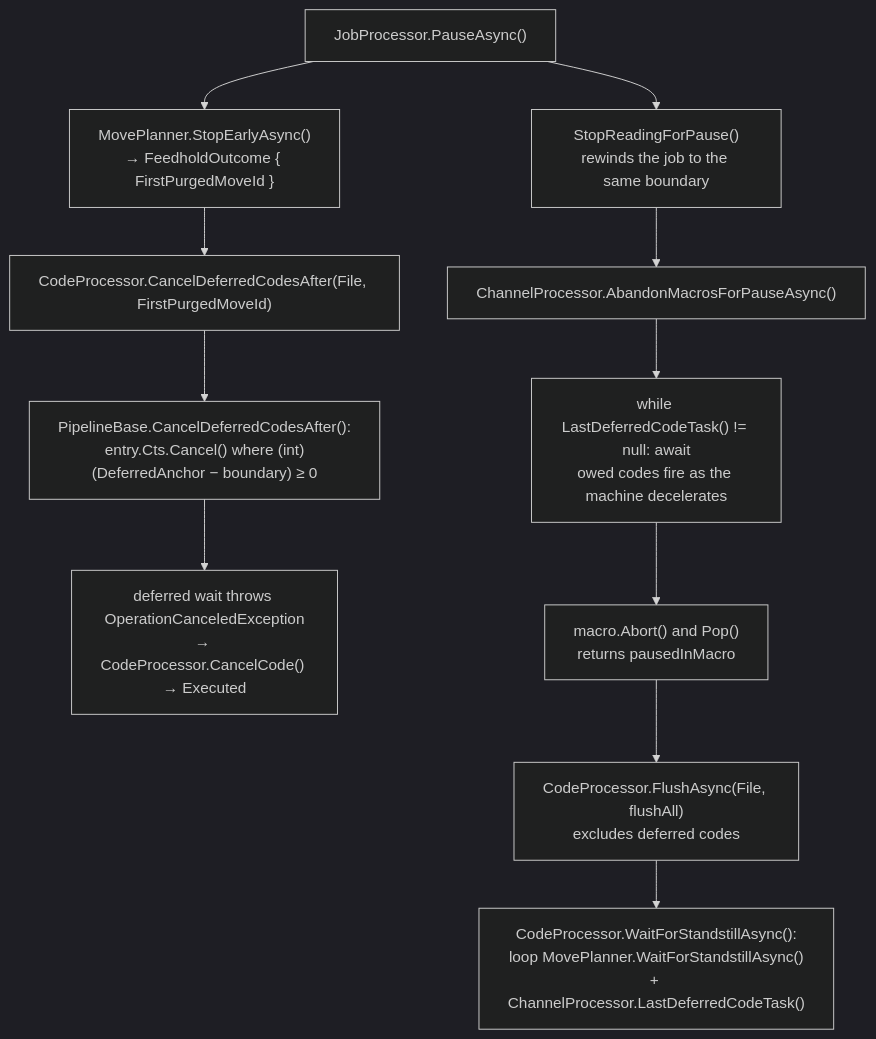
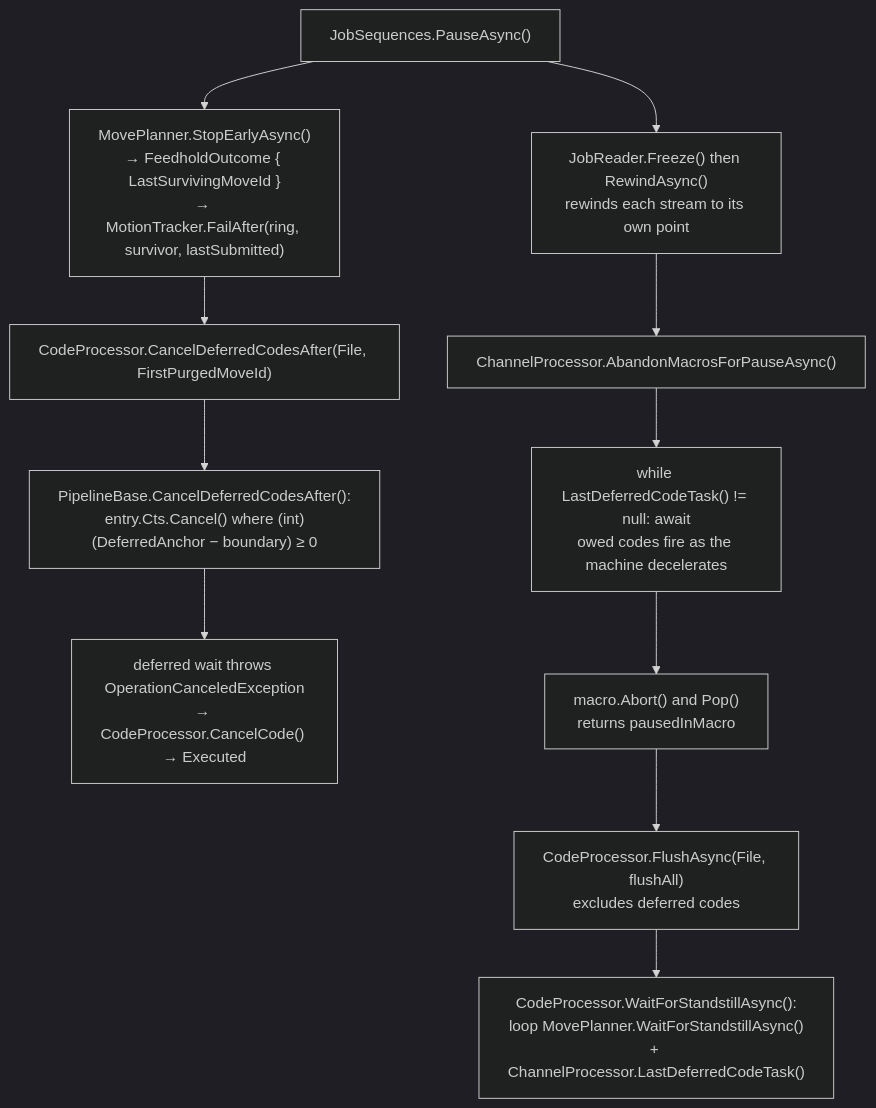
One commit to Duet3D/DuetSoftwareFramework changed the seventh of 8 diagrams in docs/devel/MOTION_SYNCHRONISED_ACTIONS.md. Above: the diagram before and after it, drawn with Mermaid (dark theme). The commit also changed other lines of this file and 29 other files, not shown here.

First line of the commit message:
feat: replace JobProcessor with a job actor

````diff
--- a/docs/devel/MOTION_SYNCHRONISED_ACTIONS.md
+++ b/docs/devel/MOTION_SYNCHRONISED_ACTIONS.md
@@ -835,13 +835,13 @@
 ```mermaid
 flowchart TD
-    PA["JobProcessor.PauseAsync()"] --> SE["MovePlanner.StopEarlyAsync()<br/>→ FeedholdOutcome { FirstPurgedMoveId }"]
+    PA["JobSequences.PauseAsync()"] --> SE["MovePlanner.StopEarlyAsync()<br/>→ FeedholdOutcome { LastSurvivingMoveId }<br/>→ MotionTracker.FailAfter(ring, survivor, lastSubmitted)"]
     SE --> CP["CodeProcessor.CancelDeferredCodesAfter(File, FirstPurgedMoveId)"]
     CP --> PBC["PipelineBase.CancelDeferredCodesAfter():<br/>entry.Cts.Cancel() where (int)(DeferredAnchor − boundary) ≥ 0"]
     PBC --> OCE["deferred wait throws OperationCanceledException<br/>→ CodeProcessor.CancelCode() → Executed"]
-    PA --> SR["StopReadingForPause()<br/>rewinds the job to the same boundary"]
+    PA --> SR["JobReader.Freeze() then RewindAsync()<br/>rewinds each stream to its own point"]
     SR --> AM["ChannelProcessor.AbandonMacrosForPauseAsync()"]
     AM --> DR["while LastDeferredCodeTask() != null: await<br/>owed codes fire as the machine decelerates"]
     DR --> POP["macro.Abort() and Pop()<br/>returns pausedInMacro"]
     POP --> FL["CodeProcessor.FlushAsync(File, flushAll)<br/>excludes deferred codes"]
     FL --> WS["CodeProcessor.WaitForStandstillAsync():<br/>loop MovePlanner.WaitForStandstillAsync()<br/>+ ChannelProcessor.LastDeferredCodeTask()"]
 ```
````
